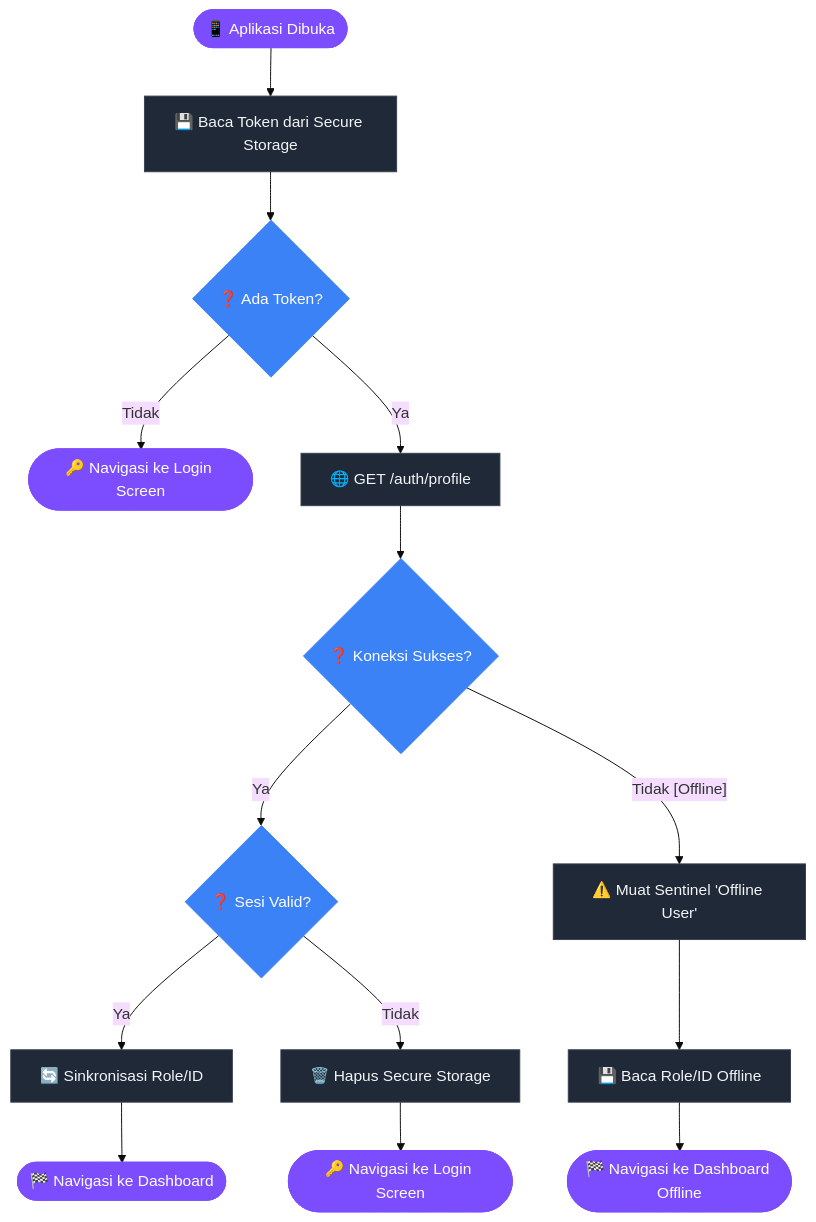
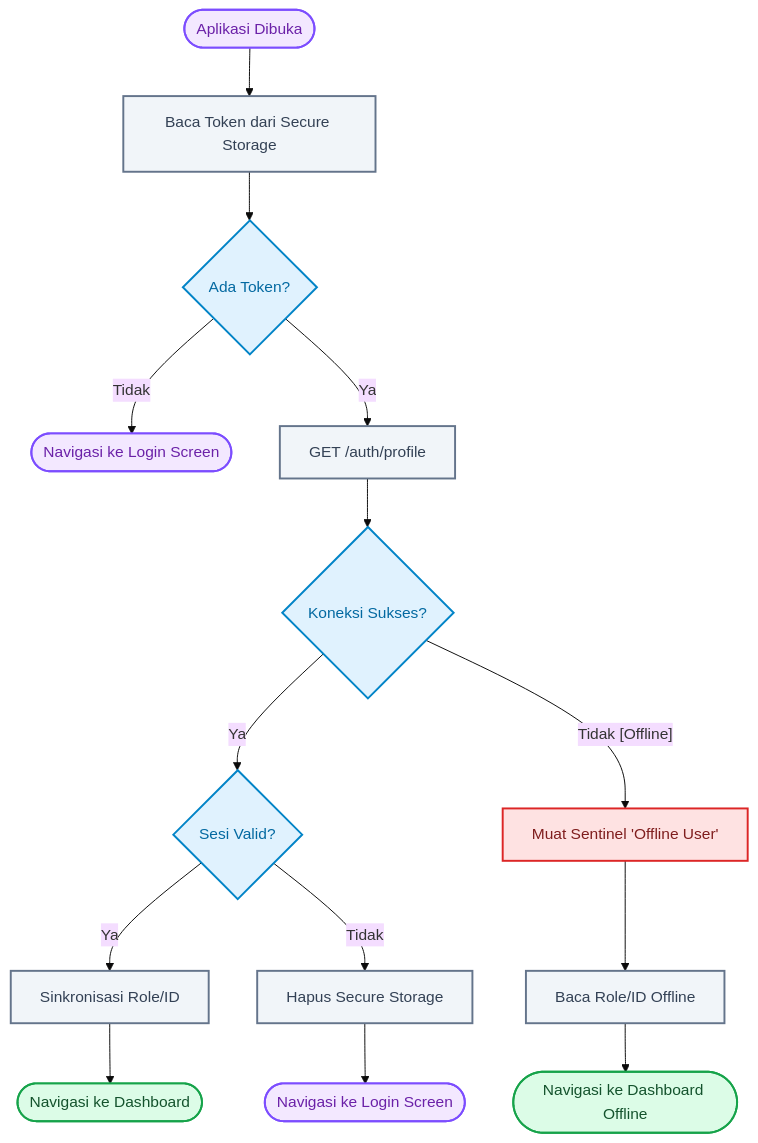
The third of 10 diagrams in dokumentasi/ALUR_BISNIS.md (Rezi14/NalaSeva-Mobile-Test), drawn with Mermaid (base theme) before and after one commit. The commit also changed other lines of this file and 1 other file, not shown here.

````diff
--- a/dokumentasi/ALUR_BISNIS.md
+++ b/dokumentasi/ALUR_BISNIS.md
@@ -54,21 +58,23 @@
 ```mermaid
 flowchart TD
-    classDef default fill:#1f2937,stroke:#374151,stroke-width:1px,color:#f3f4f6;
-    classDef startEnd fill:#7c4dff,stroke:#7c4dff,color:#fff;
-    classDef decision fill:#3b82f6,stroke:#3b82f6,color:#fff;
+    classDef startEnd fill:#f3e8ff,stroke:#7c4dff,stroke-width:2px,color:#6b21a8;
+    classDef decision fill:#e0f2fe,stroke:#0284c7,stroke-width:2px,color:#0369a1;
+    classDef process fill:#f1f5f9,stroke:#64748b,stroke-width:2px,color:#334155;
+    classDef success fill:#dcfce7,stroke:#16a34a,stroke-width:2px,color:#14532d;
+    classDef fail fill:#fee2e2,stroke:#dc2626,stroke-width:2px,color:#7f1d1d;
 
-    Start([📱 Aplikasi Dibuka]):::startEnd --> ReadStorage[💾 Baca Token dari Secure Storage]
-    ReadStorage --> TokenExist{❓ Ada Token?}:::decision
+    Start([Aplikasi Dibuka]):::startEnd --> ReadStorage[Baca Token dari Secure Storage]:::process
+    ReadStorage --> TokenExist{Ada Token?}:::decision
     
-    TokenExist -- Tidak --> GoLogin1([🔑 Navigasi ke Login Screen]):::startEnd
+    TokenExist -- Tidak --> GoLogin1([Navigasi ke Login Screen]):::startEnd
     
-    TokenExist -- Ya --> ProfileAPI[🌐 GET /auth/profile]
-    ProfileAPI --> ConnCheck{❓ Koneksi Sukses?}:::decision
+    TokenExist -- Ya --> ProfileAPI[GET /auth/profile]:::process
+    ProfileAPI --> ConnCheck{Koneksi Sukses?}:::decision
     
-    ConnCheck -- Ya --> SesiCheck{❓ Sesi Valid?}:::decision
-    SesiCheck -- Ya --> SyncData[🔄 Sinkronisasi Role/ID] --> GoDashboard1([🏁 Navigasi ke Dashboard]):::startEnd
-    SesiCheck -- Tidak --> ClearStorage[🗑️ Hapus Secure Storage] --> GoLogin2([🔑 Navigasi ke Login Screen]):::startEnd
+    ConnCheck -- Ya --> SesiCheck{Sesi Valid?}:::decision
+    SesiCheck -- Ya --> SyncData[Sinkronisasi Role/ID]:::process --> GoDashboard1([Navigasi ke Dashboard]):::success
+    SesiCheck -- Tidak --> ClearStorage[Hapus Secure Storage]:::process --> GoLogin2([Navigasi ke Login Screen]):::startEnd
     
-    ConnCheck -- Tidak [Offline] --> Sentinel[⚠️ Muat Sentinel 'Offline User']
-    Sentinel --> ReadRole[💾 Baca Role/ID Offline] --> GoDashboard2([🏁 Navigasi ke Dashboard Offline]):::startEnd
+    ConnCheck -- Tidak [Offline] --> Sentinel[Muat Sentinel 'Offline User']:::fail
+    Sentinel --> ReadRole[Baca Role/ID Offline]:::process --> GoDashboard2([Navigasi ke Dashboard Offline]):::success
 ```
````
